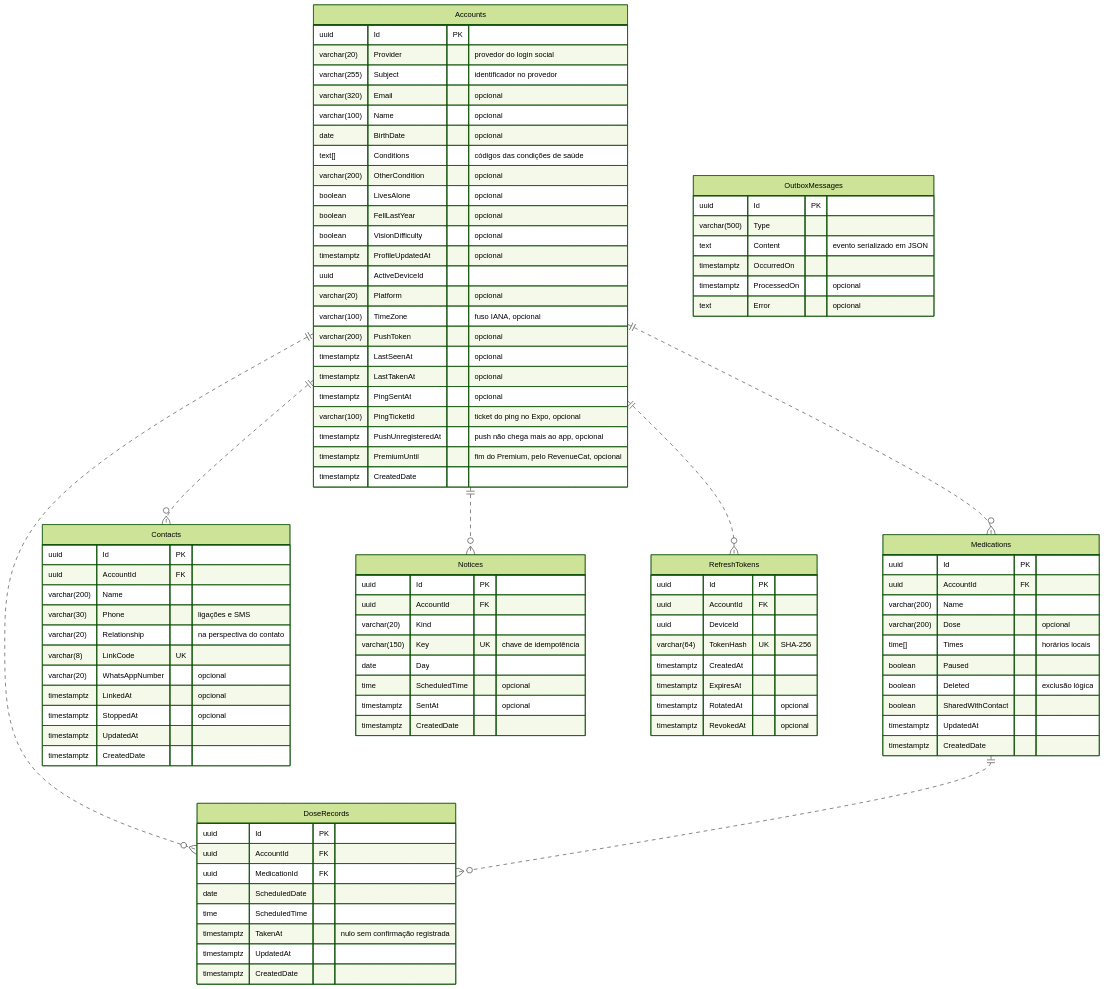
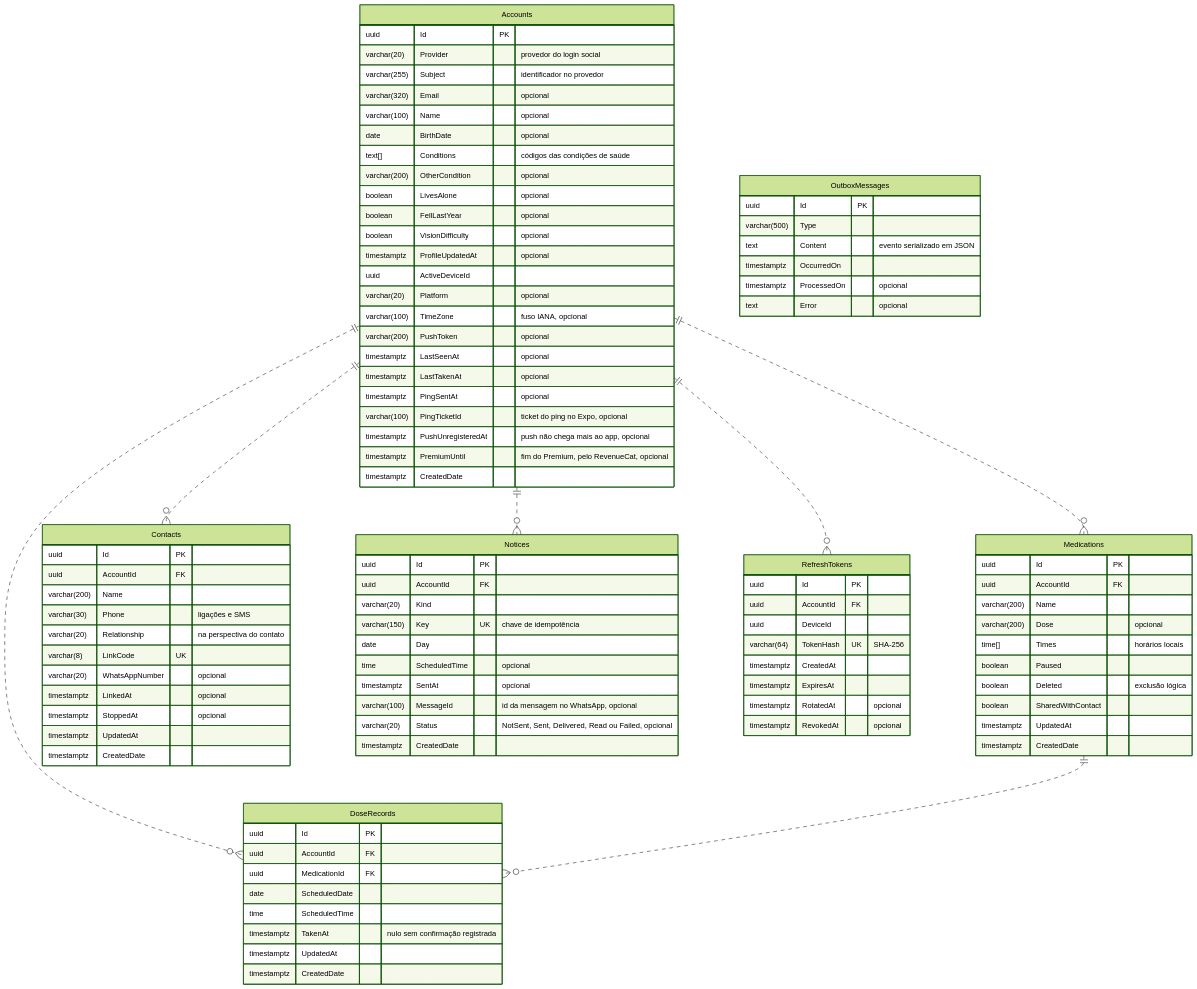
The diagram in docs/database.md (revo-solutions/cmi), drawn with Mermaid (forest theme) before and after one commit. The commit also changed 24 other files, not shown here.

```diff
--- a/docs/database.md
+++ b/docs/database.md
@@ -84,6 +84,8 @@
         date Day
         time ScheduledTime "opcional"
         timestamptz SentAt "opcional"
+        varchar(100) MessageId "id da mensagem no WhatsApp, opcional"
+        varchar(20) Status "NotSent, Sent, Delivered, Read ou Failed, opcional"
         timestamptz CreatedDate
     }
 
```
